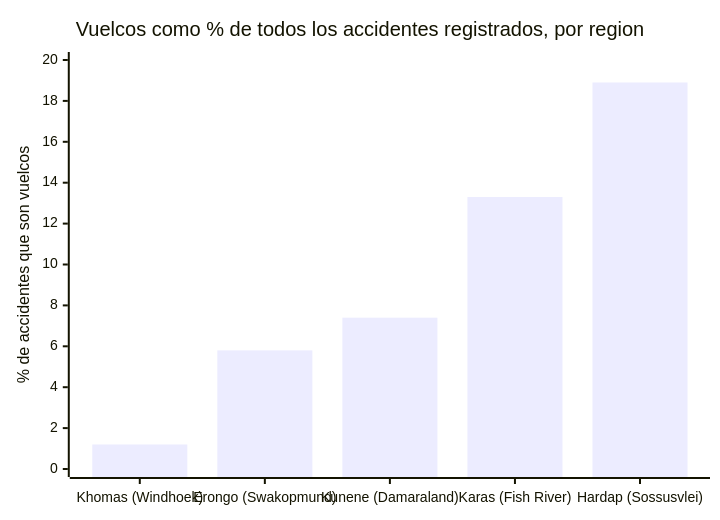
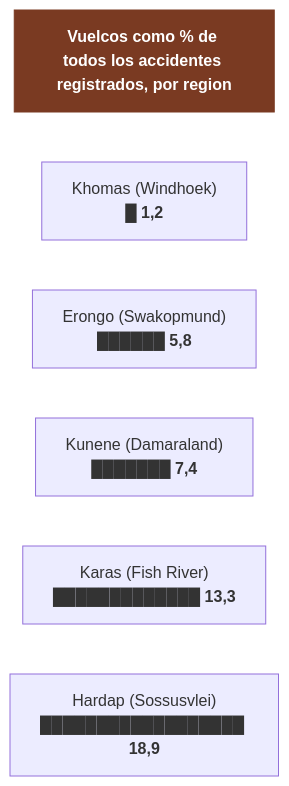
The first of 7 diagrams in 03-guia-preparacion.md (morandeirachema/namibia), drawn with Mermaid before and after one commit. The commit also changed other lines of this file and 9 other files, not shown here.

Commit message:
Cambiar los 23 graficos xychart-beta por barras de flowchart: GitHub no renderiza los tipos beta de Mermaid

````diff
--- a/03-guia-preparacion.md
+++ b/03-guia-preparacion.md
@@ -53,7 +53,15 @@
 ```mermaid
-xychart-beta
-    title "Vuelcos como % de todos los accidentes registrados, por region"
-    x-axis ["Khomas (Windhoek)", "Erongo (Swakopmund)", "Kunene (Damaraland)", "Karas (Fish River)", "Hardap (Sossusvlei)"]
-    y-axis "% de accidentes que son vuelcos" 0 --> 20
-    bar [1.2, 5.8, 7.4, 13.3, 18.9]
+flowchart TD
+    T["<b>Vuelcos como % de todos los accidentes registrados, por region</b>"]
+    n0["Khomas (Windhoek)<br/>█ <b>1,2</b>"]
+    n1["Erongo (Swakopmund)<br/>██████ <b>5,8</b>"]
+    n2["Kunene (Damaraland)<br/>███████ <b>7,4</b>"]
+    n3["Karas (Fish River)<br/>█████████████ <b>13,3</b>"]
+    n4["Hardap (Sossusvlei)<br/>██████████████████ <b>18,9</b>"]
+    T ~~~ n0
+    n0 ~~~ n1
+    n1 ~~~ n2
+    n2 ~~~ n3
+    n3 ~~~ n4
+    style T fill:#7a3a22,color:#fff,stroke:#7a3a22
 ```
````
